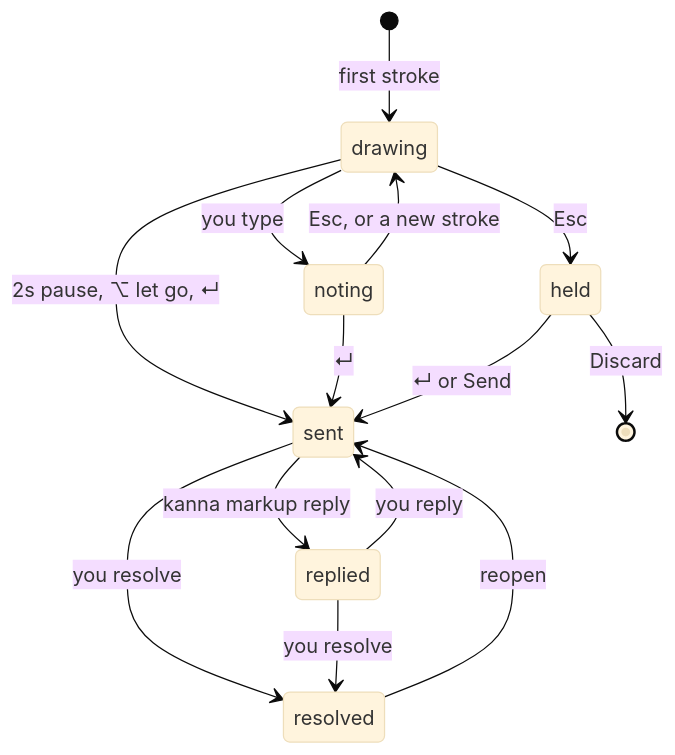
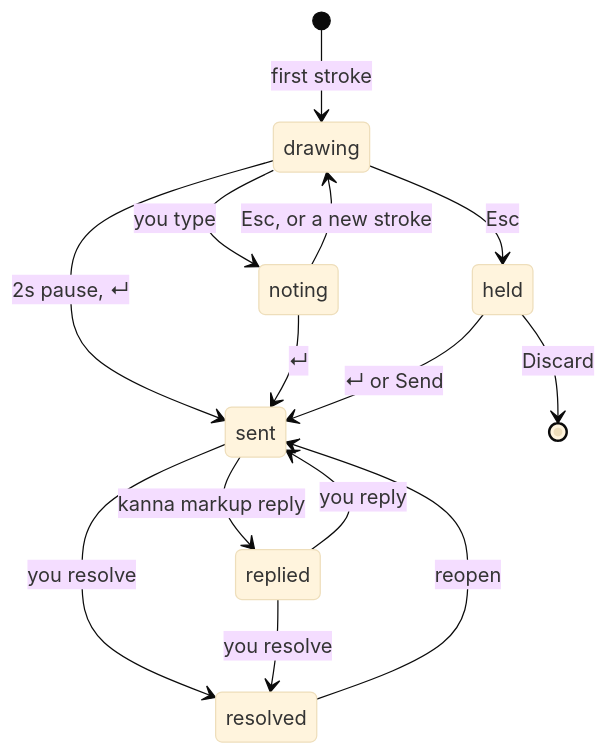
One commit to tampopogk/kanna changed the second of 2 diagrams in docs/specs/ink-markup.md. Above: the diagram before and after it, drawn with Mermaid (base theme). The commit also changed other lines of this file and 1 other file, not shown here.

Commit message:
Ink markup: letting go of ⌥ starts the 2s countdown instead of sending, so you can type a note on an ⌥-drawn mark

````diff
--- a/docs/specs/ink-markup.md
+++ b/docs/specs/ink-markup.md
@@ -86,16 +86,16 @@
 ```mermaid
 stateDiagram-v2
     [*] --> drawing: first stroke
-    drawing --> sent: 2s pause, ⌥ let go, ↵
+    drawing --> sent: 2s pause, ↵
     drawing --> noting: you type
     noting --> drawing: Esc, or a new stroke
     noting --> sent: ↵
     drawing --> held: Esc
     held --> sent: ↵ or Send
     held --> [*]: Discard
     sent --> replied: kanna markup reply
     replied --> sent: you reply
     sent --> resolved: you resolve
     replied --> resolved: you resolve
     resolved --> sent: reopen
 ```
````
